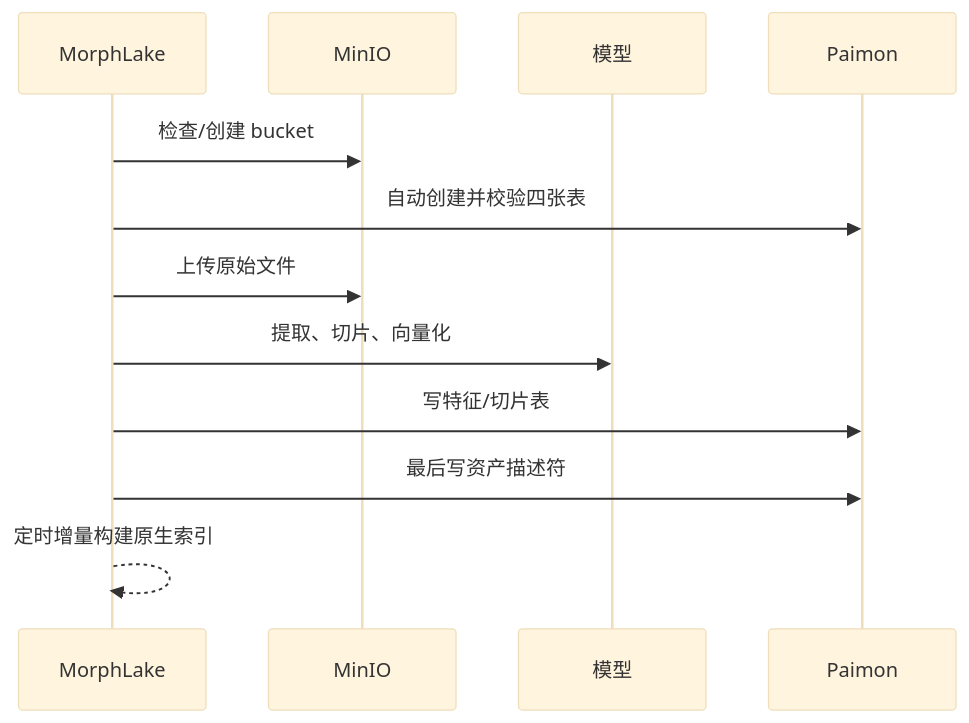
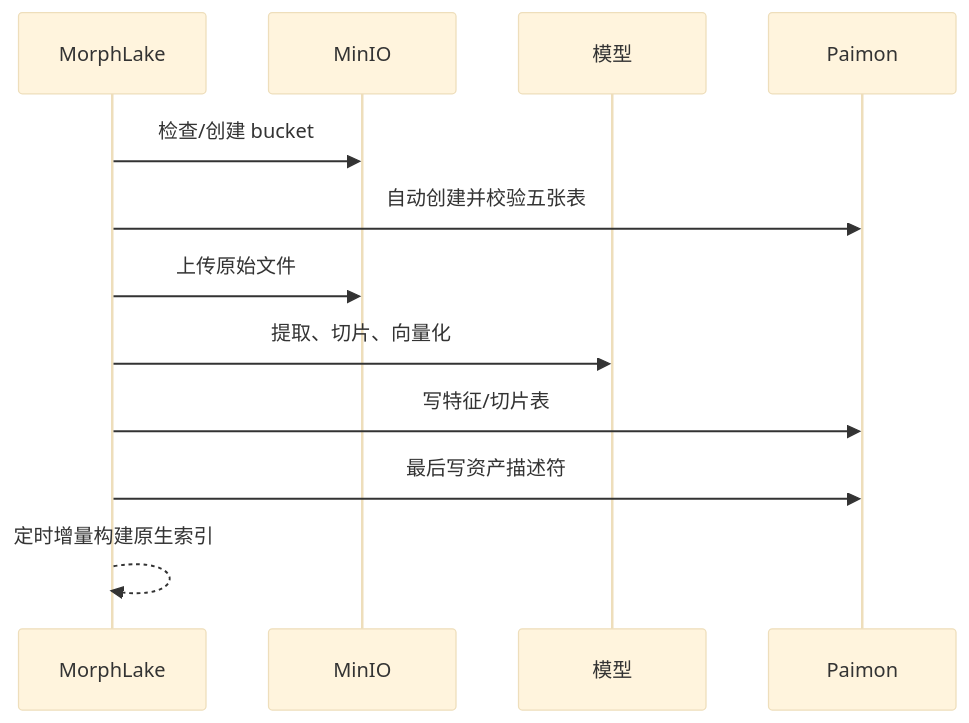
One commit to schoIarw/morphlake changed the second of 2 diagrams in docs/architecture.md. Above: the diagram before and after it, drawn with Mermaid (base theme). The commit also changed other lines of this file and 33 other files, not shown here.

````diff
--- a/docs/architecture.md
+++ b/docs/architecture.md
@@ -29,14 +33,14 @@
 ```mermaid
 sequenceDiagram
     participant A as MorphLake
     participant M as MinIO
     participant G as 模型
     participant P as Paimon
     A->>M: 检查/创建 bucket
-    A->>P: 自动创建并校验四张表
+    A->>P: 自动创建并校验五张表
     A->>M: 上传原始文件
     A->>G: 提取、切片、向量化
     A->>P: 写特征/切片表
     A->>P: 最后写资产描述符
     A-->>A: 定时增量构建原生索引
 ```
````
